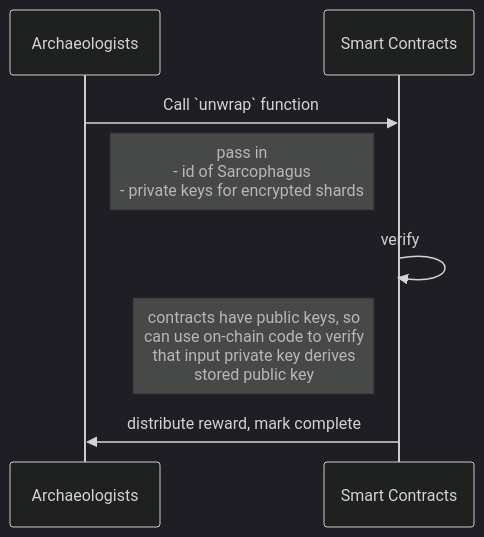
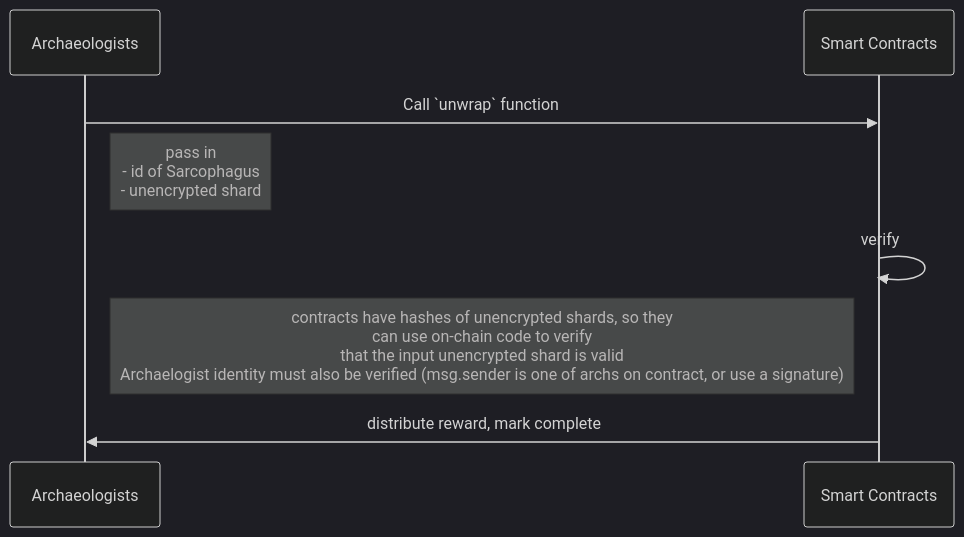
One commit to sarcophagus-org/sarcophagus-v2-specs changed the diagram in unwrap-sarcophagus.md. Above: the diagram before and after it, drawn with Mermaid (dark theme).

````diff
--- a/unwrap-sarcophagus.md
+++ b/unwrap-sarcophagus.md
@@ -1,15 +1,15 @@
 ```mermaid
 sequenceDiagram
   participant Archaeologists
   participant Smart Contracts
 
   Archaeologists->>Smart Contracts: Call `unwrap` function
 
-  Note right of Archaeologists: pass in<br/>- id of Sarcophagus<br/>- private keys for encrypted shards
+  Note right of Archaeologists: pass in<br/>- id of Sarcophagus<br/>- unencrypted shard
 
   Smart Contracts->>Smart Contracts: verify
 
-  Note left of Smart Contracts: contracts have public keys, so<br/> can use on-chain code to verify<br/>that input private key derives<br/>stored public key
+  Note left of Smart Contracts: contracts have hashes of unencrypted shards, so they<br/> can use on-chain code to verify<br/>that the input unencrypted shard is valid <br /> Archaelogist identity must also be verified (msg.sender is one of archs on contract, or use a signature)
 
   Smart Contracts->>Archaeologists: distribute reward, mark complete
 ```
````
